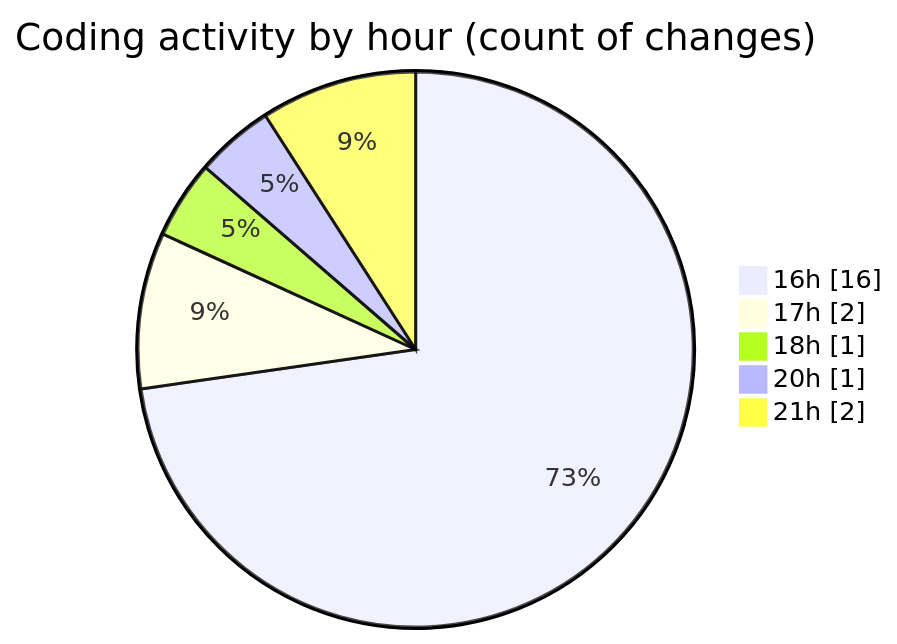
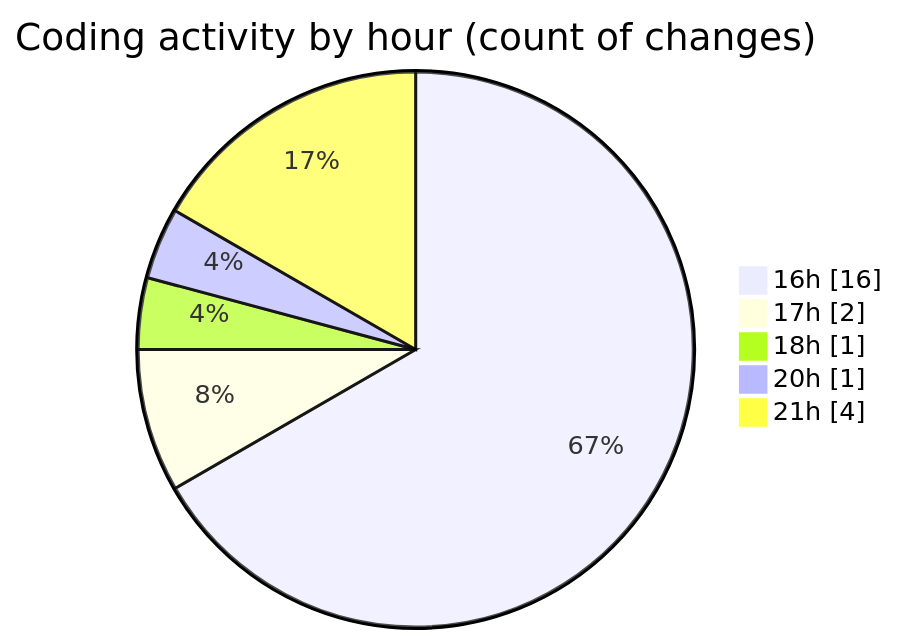
One commit to Elitesun/code-tracking changed the second of 2 diagrams in 2025-02-20/gymmanager/README.md. Above: the diagram before and after it, drawn with Mermaid. The commit also changed other lines of this file and 1 other file, not shown here.

````diff
--- a/2025-02-20/gymmanager/README.md
+++ b/2025-02-20/gymmanager/README.md
@@ -37,9 +37,9 @@
 ```mermaid
 pie showData
 title Coding activity by hour (count of changes)
 "16h" : 16
 "17h" : 2
 "18h" : 1
 "20h" : 1
-"21h" : 2
+"21h" : 4
 ```
````
